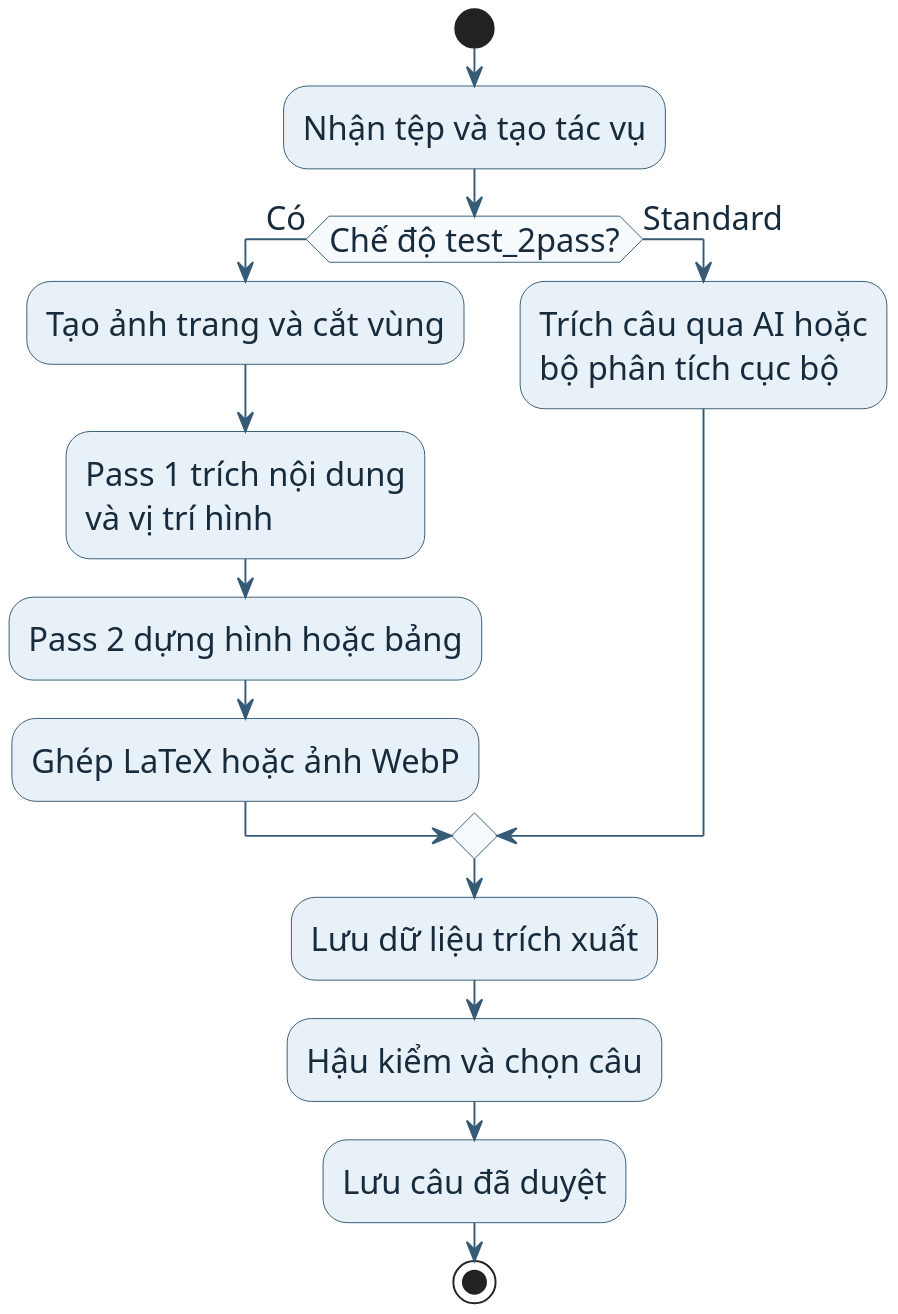
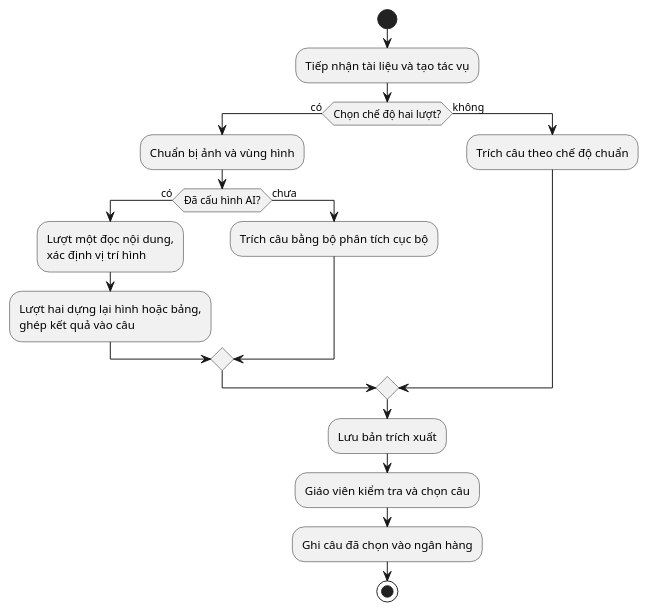
One commit to ngnsusinn/quesy changed the diagram in docs/bao_cao_hien_trang/plantuml/arch_digitize.puml. Above: the diagram before and after it, drawn with PlantUML. The commit also changed 24 other files, not shown here.

Commit message:
docs: rewrite Quesy system reports with default PlantUML diagrams

```diff
--- a/docs/bao_cao_hien_trang/plantuml/arch_digitize.puml
+++ b/docs/bao_cao_hien_trang/plantuml/arch_digitize.puml
@@ -1,31 +1,19 @@
 @startuml
-skinparam backgroundColor white
-skinparam defaultFontName Segoe UI
-skinparam defaultFontSize 17
-skinparam shadowing false
-skinparam ArrowColor #365B76
-skinparam defaultFontColor #172B3C
-skinparam nodesep 24
-skinparam ranksep 26
-scale 2
-skinparam activityBackgroundColor #E8F1F8
-skinparam activityBorderColor #365B76
-skinparam activityDiamondBackgroundColor #F7FAFC
-skinparam activityDiamondBorderColor #365B76
-
 start
-:Nhận tệp và tạo tác vụ;
-if (Chế độ test_2pass?) then (Có)
-  :Tạo ảnh trang và cắt vùng;
-  :Pass 1 trích nội dung
-và vị trí hình;
-  :Pass 2 dựng hình hoặc bảng;
-  :Ghép LaTeX hoặc ảnh WebP;
-else (Standard)
-  :Trích câu qua AI hoặc\nbộ phân tích cục bộ;
+:Tiếp nhận tài liệu và tạo tác vụ;
+if (Chọn chế độ hai lượt?) then (có)
+  :Chuẩn bị ảnh và vùng hình;
+  if (Đã cấu hình AI?) then (có)
+  :Lượt một đọc nội dung,\nxác định vị trí hình;
+  :Lượt hai dựng lại hình hoặc bảng,\nghép kết quả vào câu;
+  else (chưa)
+    :Trích câu bằng bộ phân tích cục bộ;
+  endif
+else (không)
+  :Trích câu theo chế độ chuẩn;
 endif
-:Lưu dữ liệu trích xuất;
-:Hậu kiểm và chọn câu;
-:Lưu câu đã duyệt;
+:Lưu bản trích xuất;
+:Giáo viên kiểm tra và chọn câu;
+:Ghi câu đã chọn vào ngân hàng;
 stop
 @enduml
```
